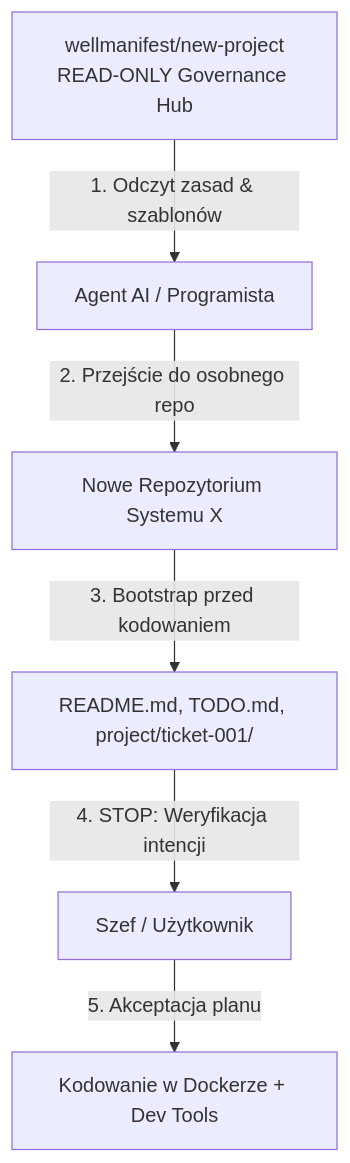
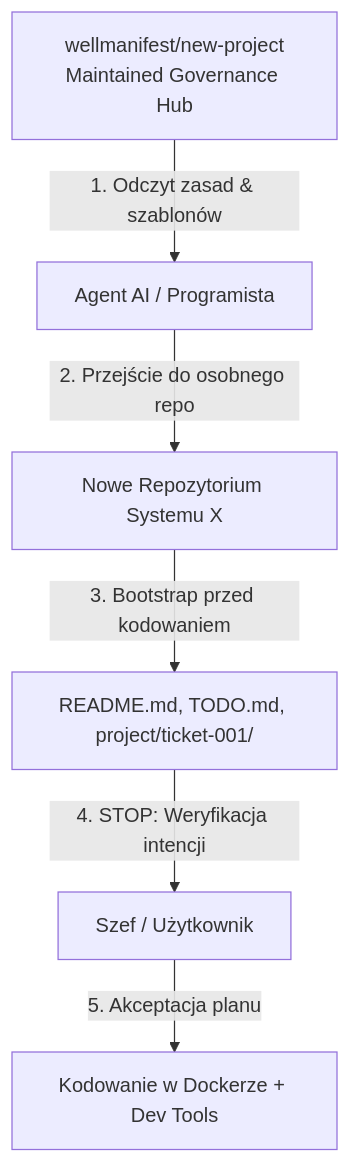
One commit to wellmanifest/new-project changed the diagram in RAPORT.md. Above: the diagram before and after it, drawn with Mermaid. The commit also changed other lines of this file and 36 other files, not shown here.

````diff
--- a/RAPORT.md
+++ b/RAPORT.md
@@ -20,8 +22,8 @@
 ```mermaid
 flowchart TD
-    Hub[wellmanifest/new-project<br/>READ-ONLY Governance Hub] -->|1. Odczyt zasad & szablonów| Agent[Agent AI / Programista]
+    Hub[wellmanifest/new-project<br/>Maintained Governance Hub] -->|1. Odczyt zasad & szablonów| Agent[Agent AI / Programista]
     Agent -->|2. Przejście do osobnego repo| TargetRepo[Nowe Repozytorium Systemu X]
     TargetRepo -->|3. Bootstrap przed kodowaniem| PlanFiles[README.md, TODO.md, project/ticket-001/]
     PlanFiles -->|4. STOP: Weryfikacja intencji| Boss[Szef / Użytkownik]
     Boss -->|5. Akceptacja planu| Exec[Kodowanie w Dockerze + Dev Tools]
 ```
````
